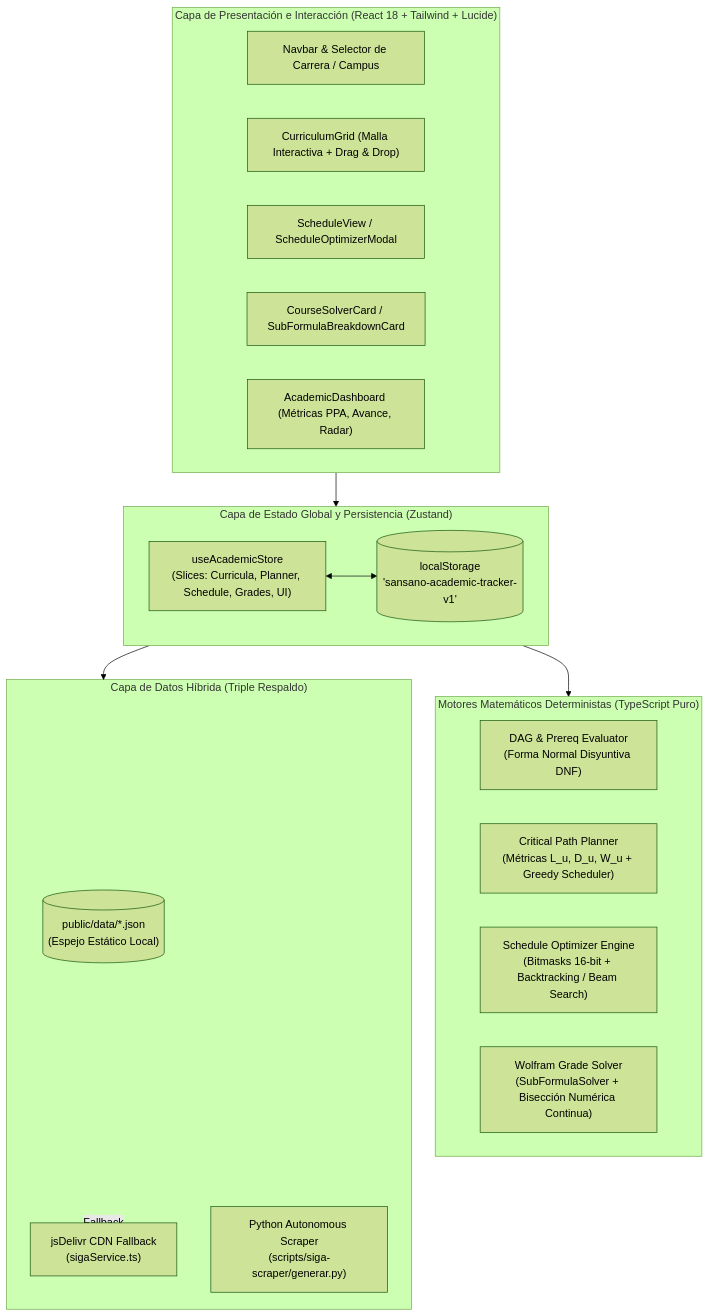
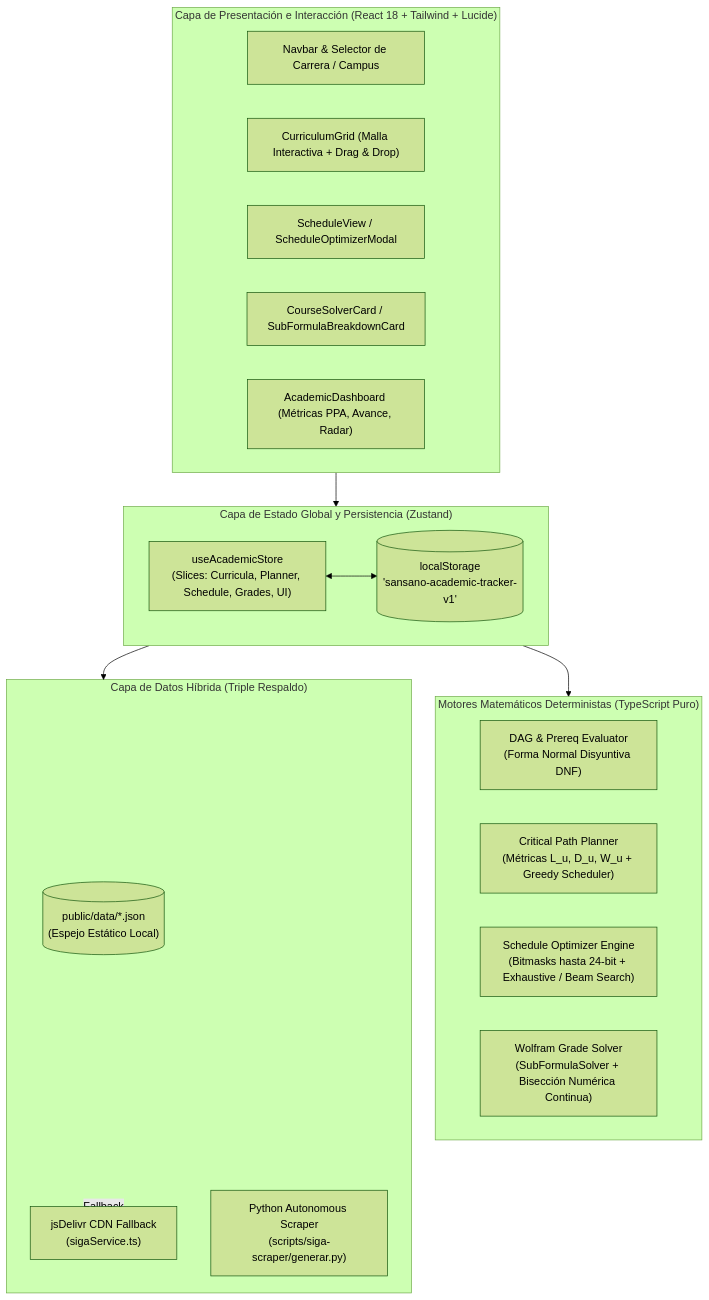
One commit to meta55-dev/Malla-USM changed the first of 5 diagrams in README.md. Above: the diagram before and after it, drawn with Mermaid (forest theme). The commit also changed other lines of this file and 1 other file, not shown here.

````diff
--- a/README.md
+++ b/README.md
@@ -56,34 +56,34 @@
 ```mermaid
 flowchart TB
     subgraph UI_Layer["Capa de Presentación e Interacción (React 18 + Tailwind + Lucide)"]
         Nav["Navbar & Selector de Carrera / Campus"]
         Grid["CurriculumGrid (Malla Interactiva + Drag & Drop)"]
         SchedUI["ScheduleView / ScheduleOptimizerModal"]
         SolverUI["CourseSolverCard / SubFormulaBreakdownCard"]
         DashUI["AcademicDashboard (Métricas PPA, Avance, Radar)"]
     end
 
     subgraph State_Layer["Capa de Estado Global y Persistencia (Zustand)"]
         Store["useAcademicStore\n(Slices: Curricula, Planner, Schedule, Grades, UI)"]
         Storage[("localStorage\n'sansano-academic-tracker-v1'")]
         Store <--> Storage
     end
 
     subgraph Math_Engines["Motores Matemáticos Deterministas (TypeScript Puro)"]
         DAG["DAG & Prereq Evaluator\n(Forma Normal Disyuntiva DNF)"]
         CritPath["Critical Path Planner\n(Métricas L_u, D_u, W_u + Greedy Scheduler)"]
-        SchedOpt["Schedule Optimizer Engine\n(Bitmasks 16-bit + Backtracking / Beam Search)"]
+        SchedOpt["Schedule Optimizer Engine\n(Bitmasks hasta 24-bit + Exhaustive / Beam Search)"]
         Wolfram["Wolfram Grade Solver\n(SubFormulaSolver + Bisección Numérica Continua)"]
     end
 
     subgraph Data_Layer["Capa de Datos Híbrida (Triple Respaldo)"]
         LocalData[("public/data/*.json\n(Espejo Estático Local)")]
         CDN["jsDelivr CDN Fallback\n(sigaService.ts)"]
         Scraper["Python Autonomous Scraper\n(scripts/siga-scraper/generar.py)"]
     end
 
     UI_Layer --> State_Layer
     State_Layer --> Math_Engines
     State_Layer --> Data_Layer
     Data_Layer -. Fallback .-> CDN
 ```
````
